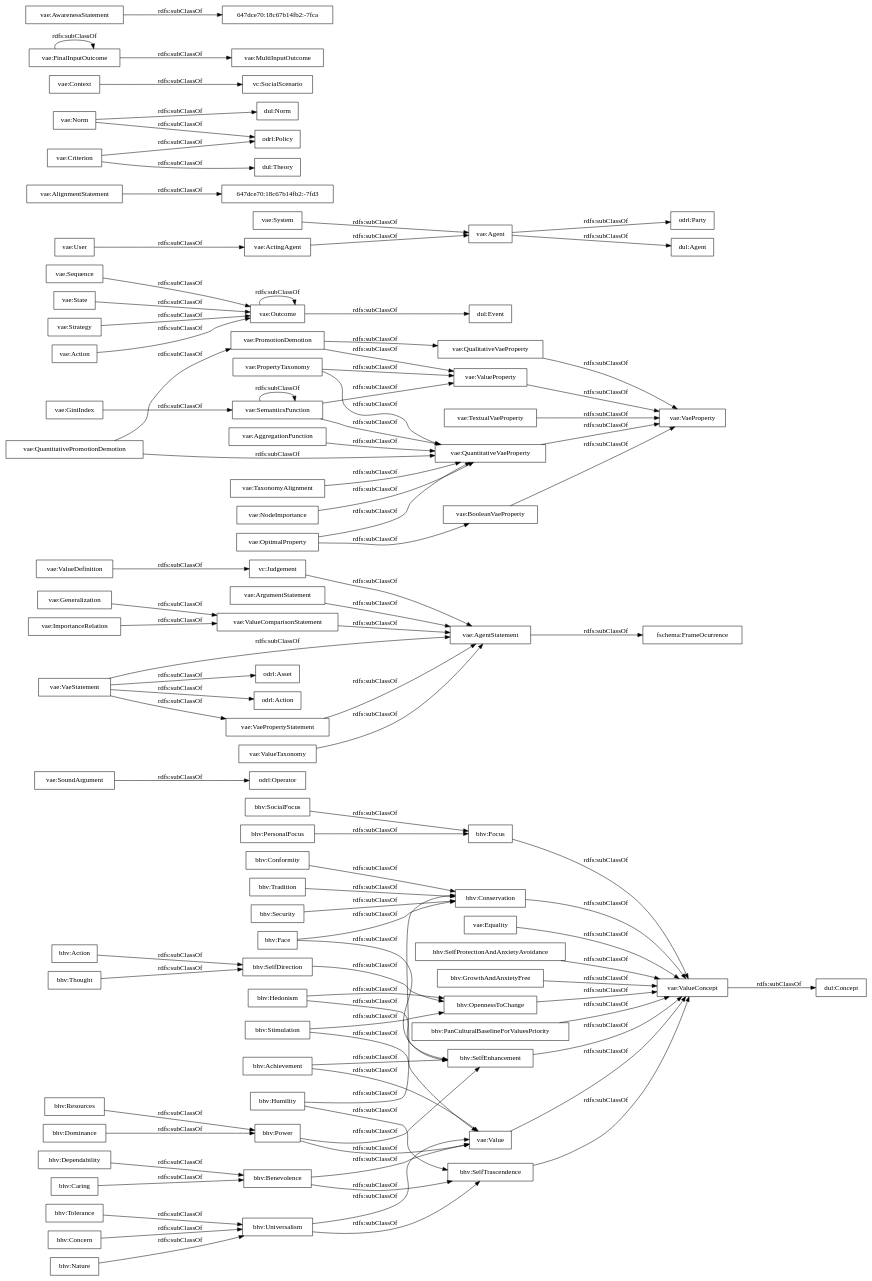
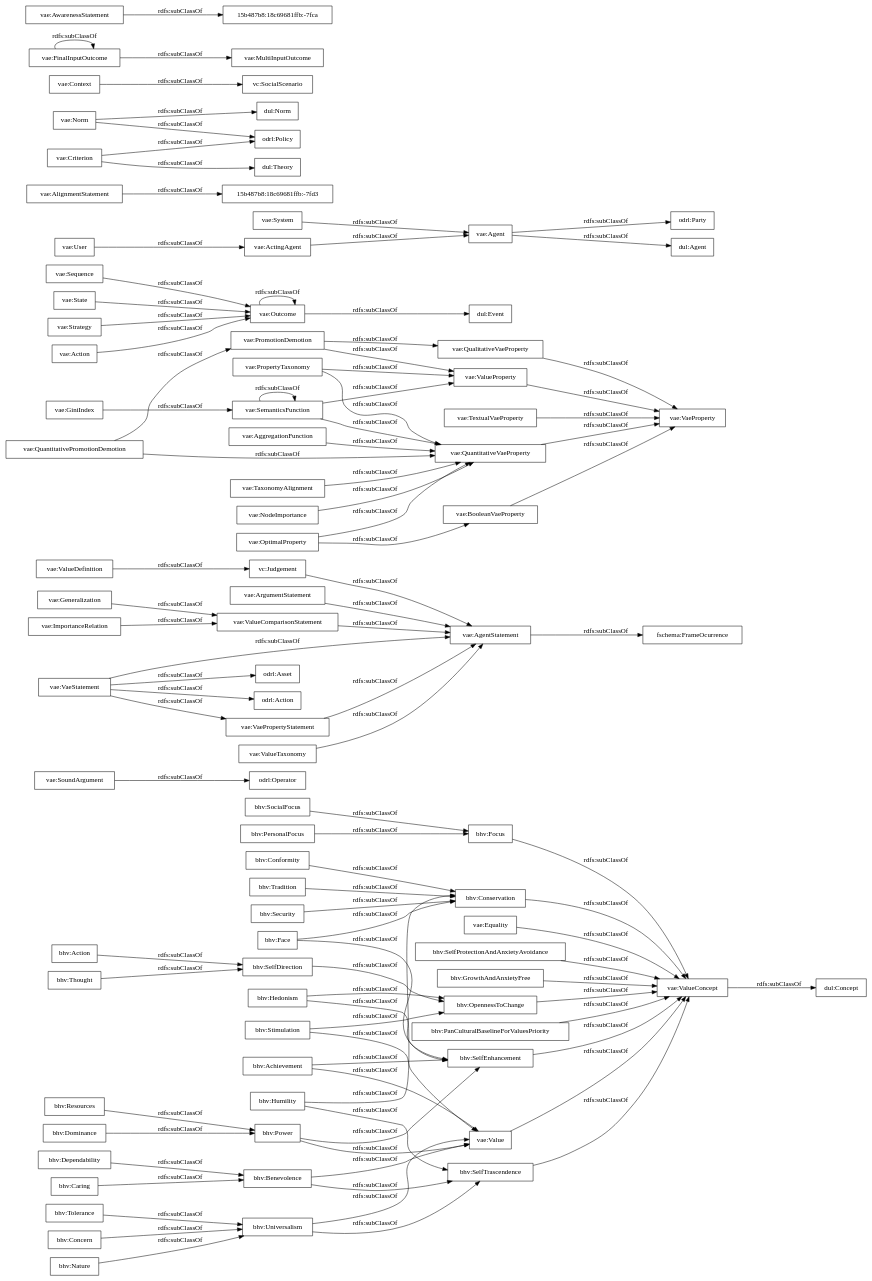
Before and after one commit to andresh26-uam/vae-ontology: the diagram in OnToology/vaeontology-v000.rdf/diagrams/ar2dtool-taxonomy/vaeontology-v000.rdf.png.dot, drawn with Graphviz. The commit also changed 158 other files, not shown here.

```diff
--- a/OnToology/vaeontology-v000.rdf/diagrams/ar2dtool-taxonomy/vaeontology-v000.rdf.png.dot
+++ b/OnToology/vaeontology-v000.rdf/diagrams/ar2dtool-taxonomy/vaeontology-v000.rdf.png.dot
@@ -1,102 +1,102 @@
 digraph ar2dtool_diagram { 
 rankdir=LR;
 size="1000"
-node [shape = rectangle, color="black"]; "bhv:Stimulation" "odrl:Operator" "vae:ValueDefinition" "vae:PropertyTaxonomy" "bhv:Tolerance" "vae:VaeProperty" "vae:QuantitativeVaeProperty" "vae:Sequence" "odrl:Party" "bhv:Tradition" "vae:Equality" "vae:AlignmentStatement" "bhv:SocialFocus" "dul:Norm" "vae:Context" "bhv:Dominance" "vae:Generalization" "vae:MultiInputOutcome" "vae:TextualVaeProperty" "vae:AwarenessStatement" "bhv:Security" "dul:Agent" "vae:AggregationFunction" "bhv:SelfDirection" "vc:SocialScenario" "vae:System" "vae:AgentStatement" "vae:Outcome" "vae:Value" "odrl:Policy" "dul:Theory" "bhv:SelfProtectionAndAnxietyAvoidance" "vae:Criterion" "fschema:FrameOcurrence" "vae:FinalInputOutcome" "vae:ArgumentStatement" "vae:ValueProperty" "vae:ValueComparisonStatement" "dul:Concept" "bhv:Hedonism" "647dce70:18c67b14fb2:-7fd3" "vae:VaeStatement" "odrl:Asset" "bhv:Concern" "vae:State" "vae:SoundArgument" "vae:ValueConcept" "bhv:GrowthAndAnxietyFree" "bhv:Thought" "bhv:Humility" "vae:QualitativeVaeProperty" "vae:Strategy" "bhv:Focus" "vae:ActingAgent" "bhv:Power" "bhv:Nature" "bhv:Benevolence" "647dce70:18c67b14fb2:-7fca" "bhv:Achievement" "vae:BooleanVaeProperty" "odrl:Action" "bhv:PanCulturalBaselineForValuesPriority" "vae:ImportanceRelation" "bhv:SelfTrascendence" "vae:Norm" "vae:OptimalProperty" "vae:TaxonomyAlignment" "bhv:Action" "bhv:Caring" "bhv:Resources" "bhv:Face" "vae:ValueTaxonomy" "vae:QuantitativePromotionDemotion" "vae:GiniIndex" "vae:User" "dul:Event" "bhv:Dependability" "bhv:Conformity" "vae:VaePropertyStatement" "bhv:Conservation" "vae:SemanticsFunction" "vae:Agent" "vae:PromotionDemotion" "vae:Action" "vae:NodeImportance" "bhv:Universalism" "vc:Judgement" "bhv:SelfEnhancement" "bhv:OpennessToChange" "bhv:PersonalFocus" ; /*classes style*/
+node [shape = rectangle, color="black"]; "bhv:Stimulation" "odrl:Operator" "vae:ValueDefinition" "vae:PropertyTaxonomy" "bhv:Tolerance" "vae:VaeProperty" "vae:QuantitativeVaeProperty" "vae:Sequence" "odrl:Party" "bhv:Tradition" "vae:Equality" "vae:AlignmentStatement" "bhv:SocialFocus" "dul:Norm" "vae:Context" "bhv:Dominance" "vae:Generalization" "vae:MultiInputOutcome" "vae:TextualVaeProperty" "bhv:Security" "vae:AwarenessStatement" "15b487b8:18c69681ffb:-7fca" "dul:Agent" "vae:AggregationFunction" "bhv:SelfDirection" "vc:SocialScenario" "15b487b8:18c69681ffb:-7fd3" "vae:System" "vae:AgentStatement" "vae:Outcome" "vae:Value" "odrl:Policy" "dul:Theory" "bhv:SelfProtectionAndAnxietyAvoidance" "vae:Criterion" "fschema:FrameOcurrence" "vae:FinalInputOutcome" "vae:ArgumentStatement" "vae:ValueProperty" "vae:ValueComparisonStatement" "dul:Concept" "bhv:Hedonism" "vae:VaeStatement" "odrl:Asset" "bhv:Concern" "vae:State" "vae:SoundArgument" "vae:ValueConcept" "bhv:GrowthAndAnxietyFree" "bhv:Thought" "bhv:Humility" "vae:QualitativeVaeProperty" "vae:Strategy" "bhv:Focus" "vae:ActingAgent" "bhv:Power" "bhv:Nature" "bhv:Benevolence" "bhv:Achievement" "vae:BooleanVaeProperty" "odrl:Action" "bhv:PanCulturalBaselineForValuesPriority" "vae:ImportanceRelation" "bhv:SelfTrascendence" "vae:Norm" "vae:OptimalProperty" "vae:TaxonomyAlignment" "bhv:Action" "bhv:Caring" "bhv:Resources" "bhv:Face" "vae:ValueTaxonomy" "vae:QuantitativePromotionDemotion" "vae:GiniIndex" "vae:User" "dul:Event" "bhv:Dependability" "bhv:Conformity" "vae:VaePropertyStatement" "bhv:Conservation" "vae:SemanticsFunction" "vae:Agent" "vae:PromotionDemotion" "vae:Action" "vae:NodeImportance" "bhv:Universalism" "bhv:SelfEnhancement" "vc:Judgement" "bhv:OpennessToChange" "bhv:PersonalFocus" ; /*classes style*/
 	"vae:GiniIndex" -> "vae:SemanticsFunction" [ label = "rdfs:subClassOf" ];
 	"vae:Strategy" -> "vae:Outcome" [ label = "rdfs:subClassOf" ];
 	"bhv:Face" -> "bhv:SelfEnhancement" [ label = "rdfs:subClassOf" ];
 	"bhv:Face" -> "bhv:Conservation" [ label = "rdfs:subClassOf" ];
 	"bhv:Universalism" -> "bhv:SelfTrascendence" [ label = "rdfs:subClassOf" ];
 	"bhv:Universalism" -> "vae:Value" [ label = "rdfs:subClassOf" ];
 	"bhv:Power" -> "bhv:SelfEnhancement" [ label = "rdfs:subClassOf" ];
 	"bhv:Power" -> "vae:Value" [ label = "rdfs:subClassOf" ];
 	"vae:Outcome" -> "vae:Outcome" [ label = "rdfs:subClassOf" ];
 	"vae:Outcome" -> "dul:Event" [ label = "rdfs:subClassOf" ];
 	"vae:ValueComparisonStatement" -> "vae:AgentStatement" [ label = "rdfs:subClassOf" ];
 	"vae:Sequence" -> "vae:Outcome" [ label = "rdfs:subClassOf" ];
 	"vae:Generalization" -> "vae:ValueComparisonStatement" [ label = "rdfs:subClassOf" ];
 	"vae:OptimalProperty" -> "vae:QuantitativeVaeProperty" [ label = "rdfs:subClassOf" ];
 	"vae:OptimalProperty" -> "vae:BooleanVaeProperty" [ label = "rdfs:subClassOf" ];
 	"vae:SemanticsFunction" -> "vae:ValueProperty" [ label = "rdfs:subClassOf" ];
 	"vae:SemanticsFunction" -> "vae:SemanticsFunction" [ label = "rdfs:subClassOf" ];
 	"vae:SemanticsFunction" -> "vae:QuantitativeVaeProperty" [ label = "rdfs:subClassOf" ];
 	"bhv:OpennessToChange" -> "vae:ValueConcept" [ label = "rdfs:subClassOf" ];
 	"vae:AgentStatement" -> "fschema:FrameOcurrence" [ label = "rdfs:subClassOf" ];
 	"vae:BooleanVaeProperty" -> "vae:VaeProperty" [ label = "rdfs:subClassOf" ];
 	"vae:Norm" -> "odrl:Policy" [ label = "rdfs:subClassOf" ];
 	"vae:Norm" -> "dul:Norm" [ label = "rdfs:subClassOf" ];
 	"bhv:Tolerance" -> "bhv:Universalism" [ label = "rdfs:subClassOf" ];
 	"bhv:Tradition" -> "bhv:Conservation" [ label = "rdfs:subClassOf" ];
 	"vae:ValueTaxonomy" -> "vae:AgentStatement" [ label = "rdfs:subClassOf" ];
 	"bhv:Nature" -> "bhv:Universalism" [ label = "rdfs:subClassOf" ];
 	"bhv:SelfTrascendence" -> "vae:ValueConcept" [ label = "rdfs:subClassOf" ];
 	"vae:VaeStatement" -> "vae:VaePropertyStatement" [ label = "rdfs:subClassOf" ];
 	"vae:VaeStatement" -> "vae:AgentStatement" [ label = "rdfs:subClassOf" ];
 	"vae:VaeStatement" -> "odrl:Asset" [ label = "rdfs:subClassOf" ];
 	"vae:VaeStatement" -> "odrl:Action" [ label = "rdfs:subClassOf" ];
 	"bhv:Resources" -> "bhv:Power" [ label = "rdfs:subClassOf" ];
 	"bhv:SocialFocus" -> "bhv:Focus" [ label = "rdfs:subClassOf" ];
 	"vae:Context" -> "vc:SocialScenario" [ label = "rdfs:subClassOf" ];
 	"bhv:Focus" -> "vae:ValueConcept" [ label = "rdfs:subClassOf" ];
 	"vae:Equality" -> "vae:ValueConcept" [ label = "rdfs:subClassOf" ];
 	"bhv:SelfEnhancement" -> "vae:ValueConcept" [ label = "rdfs:subClassOf" ];
 	"bhv:Benevolence" -> "bhv:SelfTrascendence" [ label = "rdfs:subClassOf" ];
 	"bhv:Benevolence" -> "vae:Value" [ label = "rdfs:subClassOf" ];
 	"bhv:Caring" -> "bhv:Benevolence" [ label = "rdfs:subClassOf" ];
 	"bhv:Concern" -> "bhv:Universalism" [ label = "rdfs:subClassOf" ];
 	"vae:Criterion" -> "odrl:Policy" [ label = "rdfs:subClassOf" ];
 	"vae:Criterion" -> "dul:Theory" [ label = "rdfs:subClassOf" ];
 	"vae:PromotionDemotion" -> "vae:ValueProperty" [ label = "rdfs:subClassOf" ];
 	"vae:PromotionDemotion" -> "vae:QualitativeVaeProperty" [ label = "rdfs:subClassOf" ];
 	"bhv:Achievement" -> "bhv:SelfEnhancement" [ label = "rdfs:subClassOf" ];
 	"bhv:Achievement" -> "vae:Value" [ label = "rdfs:subClassOf" ];
 	"bhv:GrowthAndAnxietyFree" -> "vae:ValueConcept" [ label = "rdfs:subClassOf" ];
 	"vae:System" -> "vae:Agent" [ label = "rdfs:subClassOf" ];
 	"vae:ArgumentStatement" -> "vae:AgentStatement" [ label = "rdfs:subClassOf" ];
 	"vae:ValueProperty" -> "vae:VaeProperty" [ label = "rdfs:subClassOf" ];
 	"bhv:Action" -> "bhv:SelfDirection" [ label = "rdfs:subClassOf" ];
 	"vae:NodeImportance" -> "vae:QuantitativeVaeProperty" [ label = "rdfs:subClassOf" ];
 	"vae:PropertyTaxonomy" -> "vae:ValueProperty" [ label = "rdfs:subClassOf" ];
 	"vae:PropertyTaxonomy" -> "vae:QuantitativeVaeProperty" [ label = "rdfs:subClassOf" ];
 	"vae:State" -> "vae:Outcome" [ label = "rdfs:subClassOf" ];
 	"bhv:Conservation" -> "vae:ValueConcept" [ label = "rdfs:subClassOf" ];
 	"vae:VaePropertyStatement" -> "vae:AgentStatement" [ label = "rdfs:subClassOf" ];
 	"vae:User" -> "vae:ActingAgent" [ label = "rdfs:subClassOf" ];
 	"vae:SoundArgument" -> "odrl:Operator" [ label = "rdfs:subClassOf" ];
 	"bhv:Security" -> "bhv:Conservation" [ label = "rdfs:subClassOf" ];
 	"bhv:Conformity" -> "bhv:Conservation" [ label = "rdfs:subClassOf" ];
 	"vc:Judgement" -> "vae:AgentStatement" [ label = "rdfs:subClassOf" ];
 	"bhv:Thought" -> "bhv:SelfDirection" [ label = "rdfs:subClassOf" ];
 	"vae:FinalInputOutcome" -> "vae:MultiInputOutcome" [ label = "rdfs:subClassOf" ];
 	"vae:FinalInputOutcome" -> "vae:FinalInputOutcome" [ label = "rdfs:subClassOf" ];
 	"bhv:SelfProtectionAndAnxietyAvoidance" -> "vae:ValueConcept" [ label = "rdfs:subClassOf" ];
 	"vae:ValueDefinition" -> "vc:Judgement" [ label = "rdfs:subClassOf" ];
 	"vae:TaxonomyAlignment" -> "vae:QuantitativeVaeProperty" [ label = "rdfs:subClassOf" ];
 	"bhv:Stimulation" -> "bhv:OpennessToChange" [ label = "rdfs:subClassOf" ];
 	"bhv:Stimulation" -> "vae:Value" [ label = "rdfs:subClassOf" ];
 	"vae:TextualVaeProperty" -> "vae:VaeProperty" [ label = "rdfs:subClassOf" ];
 	"vae:Action" -> "vae:Outcome" [ label = "rdfs:subClassOf" ];
 	"vae:AggregationFunction" -> "vae:QuantitativeVaeProperty" [ label = "rdfs:subClassOf" ];
-	"vae:AwarenessStatement" -> "647dce70:18c67b14fb2:-7fca" [ label = "rdfs:subClassOf" ];
+	"vae:AwarenessStatement" -> "15b487b8:18c69681ffb:-7fca" [ label = "rdfs:subClassOf" ];
 	"bhv:Dominance" -> "bhv:Power" [ label = "rdfs:subClassOf" ];
 	"vae:QualitativeVaeProperty" -> "vae:VaeProperty" [ label = "rdfs:subClassOf" ];
 	"vae:Agent" -> "odrl:Party" [ label = "rdfs:subClassOf" ];
 	"vae:Agent" -> "dul:Agent" [ label = "rdfs:subClassOf" ];
 	"bhv:PanCulturalBaselineForValuesPriority" -> "vae:ValueConcept" [ label = "rdfs:subClassOf" ];
 	"vae:Value" -> "vae:ValueConcept" [ label = "rdfs:subClassOf" ];
 	"vae:QuantitativeVaeProperty" -> "vae:VaeProperty" [ label = "rdfs:subClassOf" ];
 	"vae:QuantitativePromotionDemotion" -> "vae:QuantitativeVaeProperty" [ label = "rdfs:subClassOf" ];
 	"vae:QuantitativePromotionDemotion" -> "vae:PromotionDemotion" [ label = "rdfs:subClassOf" ];
 	"bhv:Dependability" -> "bhv:Benevolence" [ label = "rdfs:subClassOf" ];
 	"vae:ImportanceRelation" -> "vae:ValueComparisonStatement" [ label = "rdfs:subClassOf" ];
 	"vae:ValueConcept" -> "dul:Concept" [ label = "rdfs:subClassOf" ];
 	"bhv:Hedonism" -> "bhv:SelfEnhancement" [ label = "rdfs:subClassOf" ];
 	"bhv:Hedonism" -> "bhv:OpennessToChange" [ label = "rdfs:subClassOf" ];
 	"bhv:PersonalFocus" -> "bhv:Focus" [ label = "rdfs:subClassOf" ];
 	"bhv:SelfDirection" -> "bhv:OpennessToChange" [ label = "rdfs:subClassOf" ];
-	"vae:AlignmentStatement" -> "647dce70:18c67b14fb2:-7fd3" [ label = "rdfs:subClassOf" ];
+	"vae:AlignmentStatement" -> "15b487b8:18c69681ffb:-7fd3" [ label = "rdfs:subClassOf" ];
 	"vae:ActingAgent" -> "vae:Agent" [ label = "rdfs:subClassOf" ];
 	"bhv:Humility" -> "bhv:SelfTrascendence" [ label = "rdfs:subClassOf" ];
 	"bhv:Humility" -> "bhv:Conservation" [ label = "rdfs:subClassOf" ];
 
 }
```
